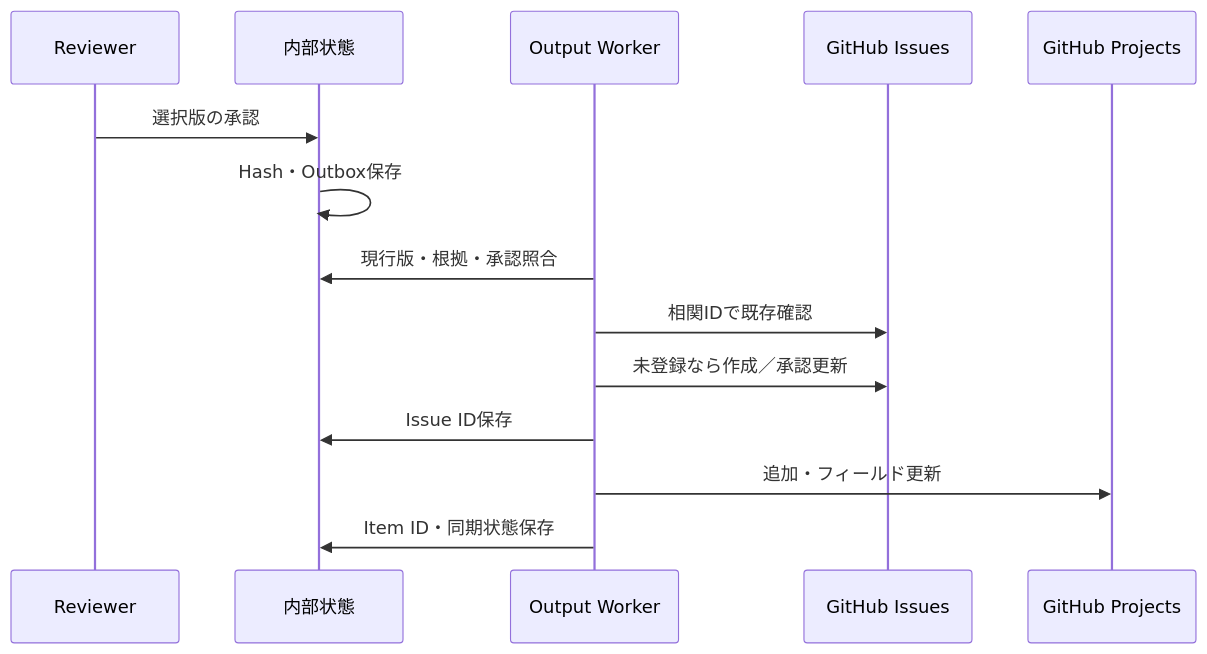
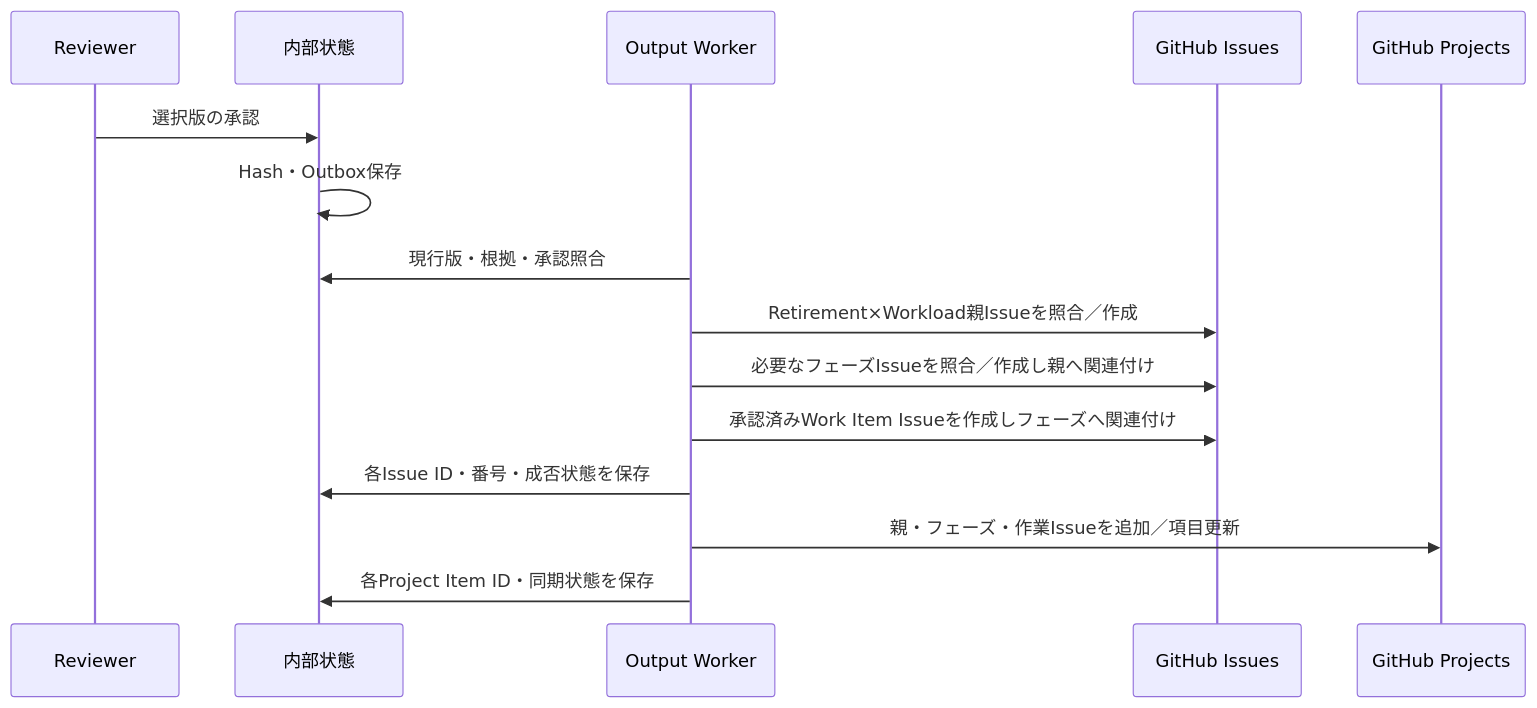
The seventh of 7 diagrams in docs/design.md (kdkwakaba/azure-retirement-planner), drawn with Mermaid before and after one commit. The commit also changed other lines of this file and 10 other files, not shown here.

````diff
--- a/docs/design.md
+++ b/docs/design.md
@@ -482,16 +483,17 @@
 ```mermaid
 sequenceDiagram
   participant R as Reviewer
   participant S as 内部状態
   participant O as Output Worker
   participant I as GitHub Issues
   participant P as GitHub Projects
   R->>S: 選択版の承認
   S->>S: Hash・Outbox保存
   O->>S: 現行版・根拠・承認照合
-  O->>I: 相関IDで既存確認
-  O->>I: 未登録なら作成／承認更新
-  O->>S: Issue ID保存
-  O->>P: 追加・フィールド更新
-  O->>S: Item ID・同期状態保存
+  O->>I: Retirement×Workload親Issueを照合／作成
+  O->>I: 必要なフェーズIssueを照合／作成し親へ関連付け
+  O->>I: 承認済みWork Item Issueを作成しフェーズへ関連付け
+  O->>S: 各Issue ID・番号・成否状態を保存
+  O->>P: 親・フェーズ・作業Issueを追加／項目更新
+  O->>S: 各Project Item ID・同期状態を保存
 ```
````
